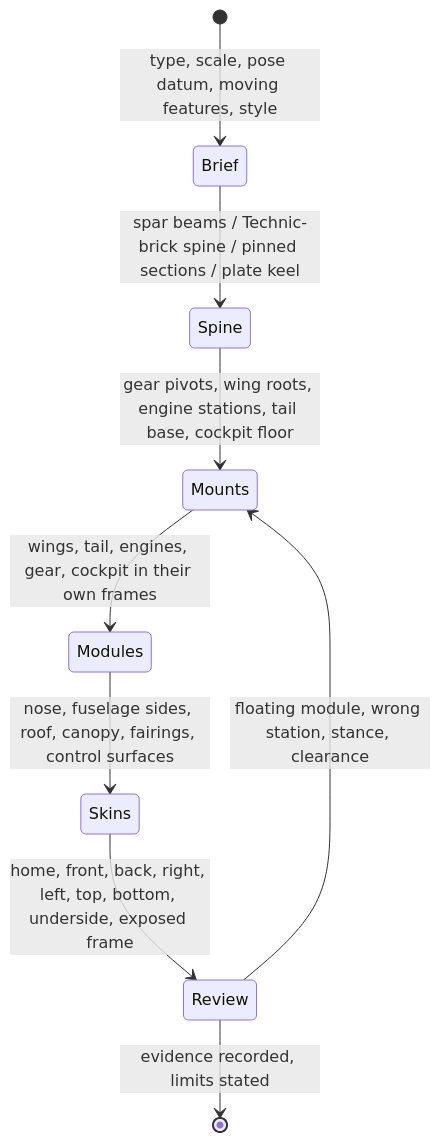
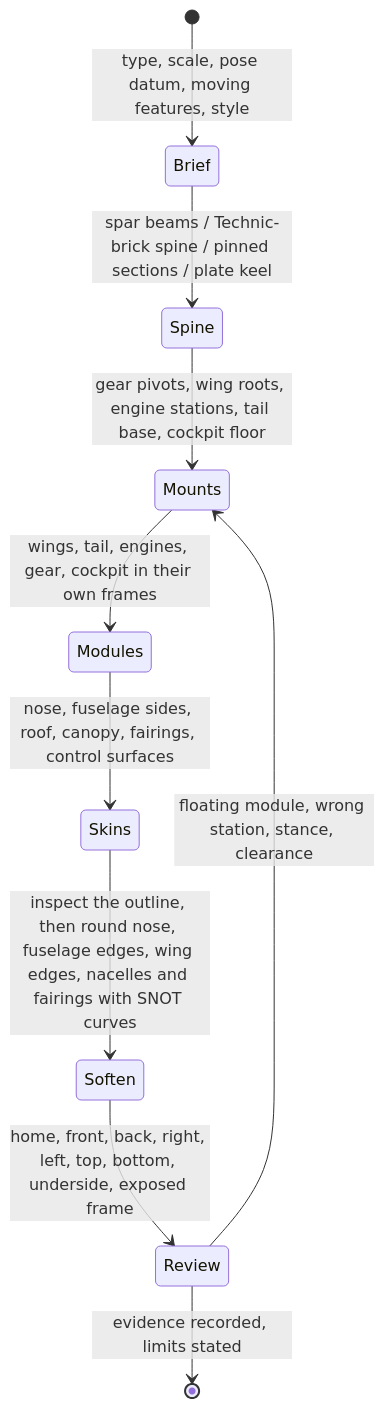
Before and after one commit to anteloc/ldraw-nova: the second of 2 diagrams in .agents/skills/ldraw-nova/design-models/aircraft/SKILL.md, drawn with Mermaid. The commit also changed other lines of this file and 21 other files, not shown here.

First line of the commit message:
Opus 5.5 - mandatory silhouette pass: round blocky vehicles with SNOT curves

````diff
--- a/.agents/skills/ldraw-nova/design-models/aircraft/SKILL.md
+++ b/.agents/skills/ldraw-nova/design-models/aircraft/SKILL.md
@@ -106,11 +106,12 @@
 ```mermaid
 stateDiagram-v2
   [*] --> Brief : type, scale, pose datum, moving features, style
   Brief --> Spine : spar beams / Technic-brick spine / pinned sections / plate keel
   Spine --> Mounts : gear pivots, wing roots, engine stations, tail base, cockpit floor
   Mounts --> Modules : wings, tail, engines, gear, cockpit in their own frames
   Modules --> Skins : nose, fuselage sides, roof, canopy, fairings, control surfaces
-  Skins --> Review : home, front, back, right, left, top, bottom, underside, exposed frame
+  Skins --> Soften : inspect the outline, then round nose, fuselage edges, wing edges, nacelles and fairings with SNOT curves
+  Soften --> Review : home, front, back, right, left, top, bottom, underside, exposed frame
   Review --> Mounts : floating module, wrong station, stance, clearance
   Review --> [*] : evidence recorded, limits stated
 ```
````
